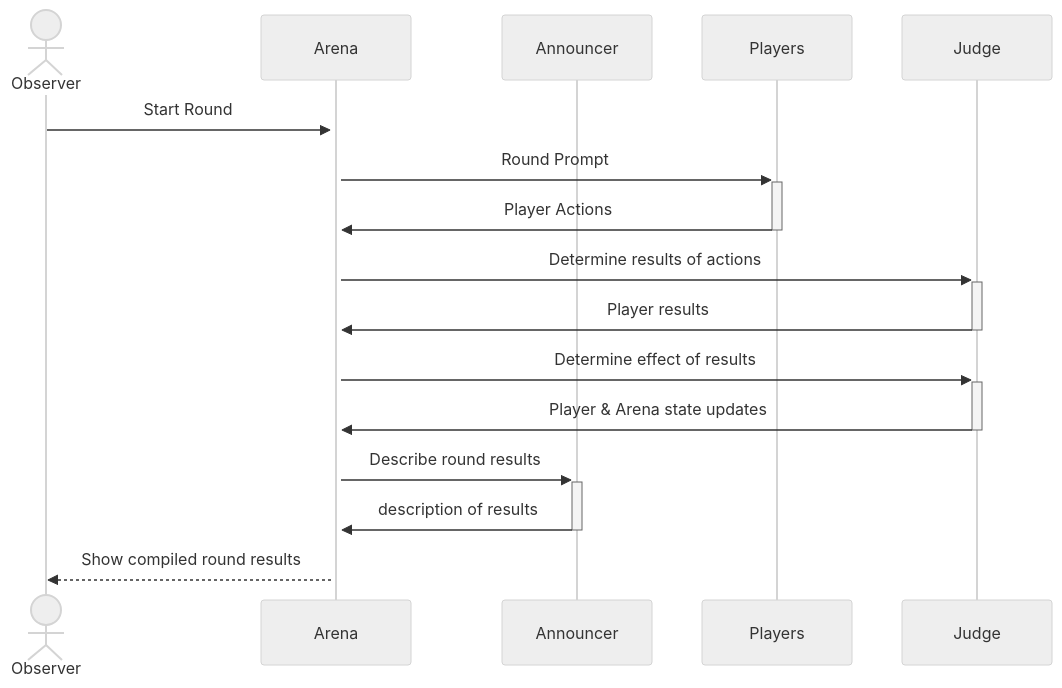
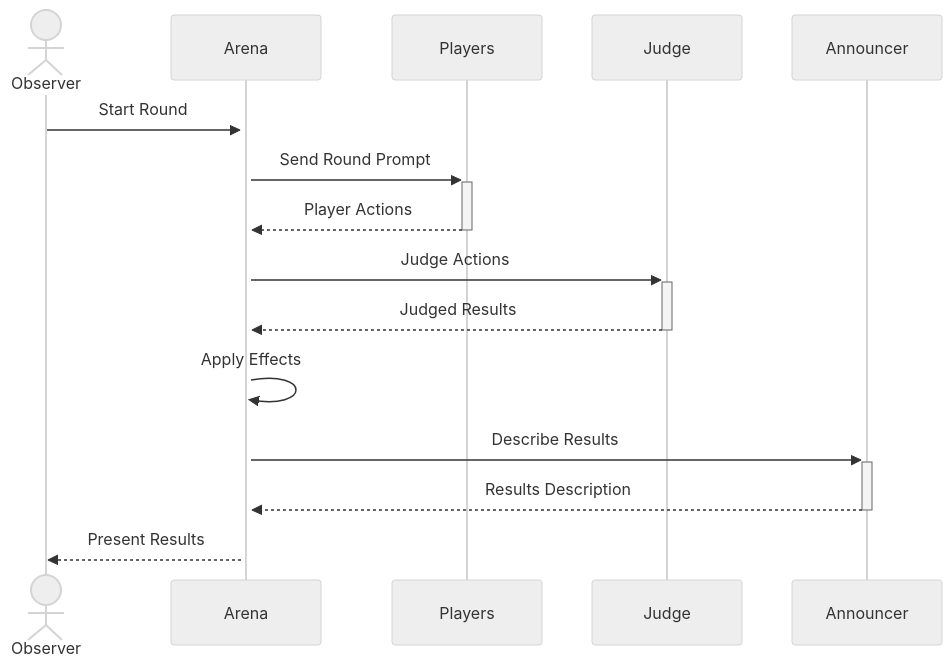
The second of 2 diagrams in docs/architecture.md (0xbeedao/agent-arena), drawn with Mermaid (neutral theme) before and after one commit. The commit also changed other lines of this file and 1 other file, not shown here.

Commit message:
updated diagrams in docs and added new async docs

````diff
--- a/docs/architecture.md
+++ b/docs/architecture.md
@@ -42,19 +48,18 @@
 ```mermaid
 sequenceDiagram
     Actor Observer
     Participant Arena
-    Participant Announcer
     Participant Players
     Participant Judge
- 
+    Participant Announcer
+
     Observer ->>+ Arena: Start Round
-    Arena ->>+ Players: Round Prompt
-    Players ->>- Arena: Player Actions
-    Arena ->>+ Judge: Determine results of actions
-    Judge ->>- Arena: Player results
-    Arena ->>+ Judge: Determine effect of results
-    Judge ->>- Arena: Player & Arena state updates
-    Arena ->>+ Announcer: Describe round results
-    Announcer ->>- Arena: description of results
-    Arena -->> Observer: Show compiled round results
+    Arena ->>+ Players: Send Round Prompt
+    Players -->>- Arena: Player Actions
+    Arena ->>+ Judge: Judge Actions
+    Judge -->>- Arena: Judged Results
+    Arena ->> Arena: Apply Effects
+    Arena ->>+ Announcer: Describe Results
+    Announcer -->>- Arena: Results Description
+    Arena -->> Observer: Present Results
 ```
````
